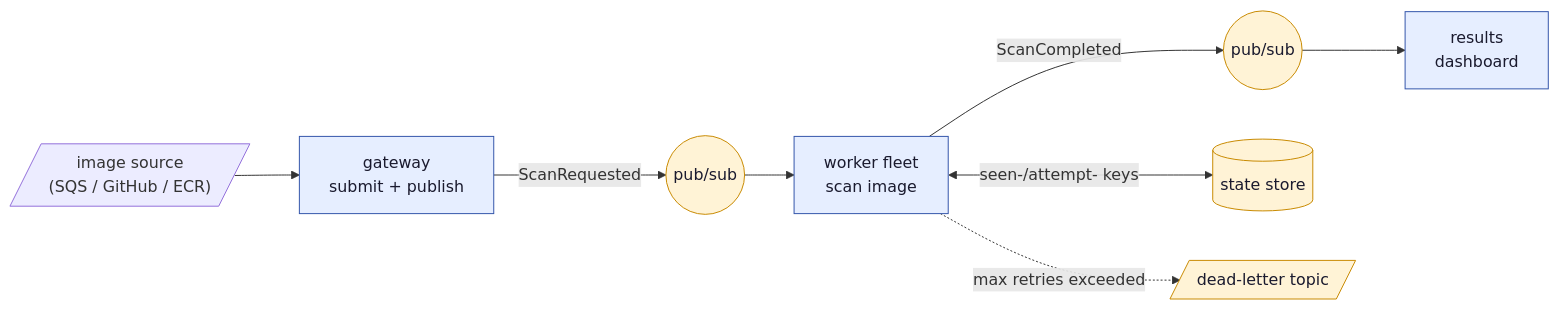
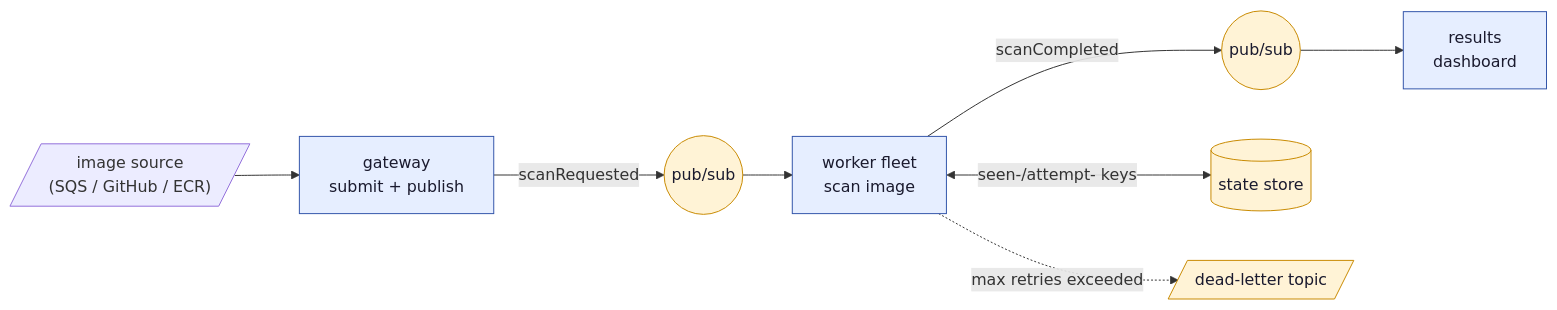
One commit to sideeffffect/dapr4s-examples changed the seventh of 14 diagrams in SLIDES.md. Above: the diagram before and after it, drawn with Mermaid. The commit also changed other lines of this file and 10 other files, not shown here.

````diff
--- a/SLIDES.md
+++ b/SLIDES.md
@@ -1146,13 +1146,13 @@
 ```mermaid
 flowchart LR
   SQS[/"image source<br/>(SQS / GitHub / ECR)"/] --> GW
-  GW["gateway<br/>submit + publish"] -- "ScanRequested" --> PS(("pub/sub"))
+  GW["gateway<br/>submit + publish"] -- "scanRequested" --> PS(("pub/sub"))
   PS --> W["worker fleet<br/>scan image"]
-  W -- "ScanCompleted" --> PS2(("pub/sub"))
+  W -- "scanCompleted" --> PS2(("pub/sub"))
   PS2 --> RES["results<br/>dashboard"]
   W <-->|"seen-/attempt- keys"| ST[("state store")]
   W -. "max retries exceeded" .-> DLQ[/"dead-letter topic"/]
   classDef svc fill:#e6eeff,stroke:#3355aa,color:#1a1a2e;
   classDef infra fill:#fff3d6,stroke:#c98a00,color:#1a1a2e;
   class GW,W,RES svc; class PS,PS2,ST,DLQ infra;
 ```
````
